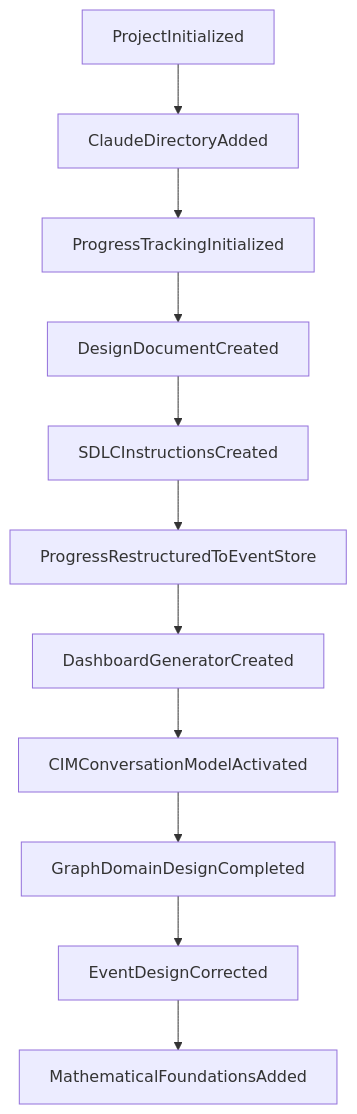
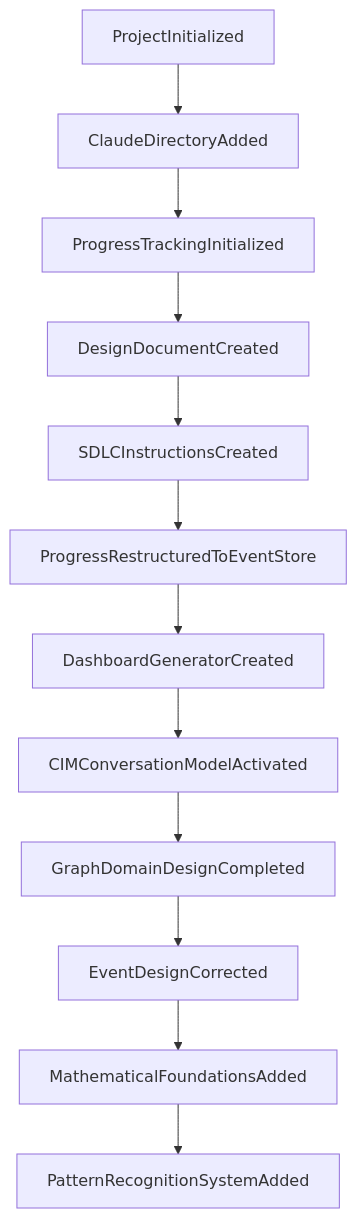
Before and after one commit to TheCowboyAI/cim-graph: the second of 2 diagrams in doc/progress/progress.md, drawn with Mermaid. The commit also changed other lines of this file and 5 other files, not shown here.

First line of the commit message:
feat: Add Hopfield network support to Graph Domain

````diff
--- a/doc/progress/progress.md
+++ b/doc/progress/progress.md
@@ -82,14 +83,15 @@
 ```mermaid
 graph TD
     e99a30c7[ProjectInitialized]
     e99a30c7 --> e13a7004[ClaudeDirectoryAdded]
     e13a7004 --> 406533be[ProgressTrackingInitialized]
     406533be --> 47db4527[DesignDocumentCreated]
     47db4527 --> 6a38e749[SDLCInstructionsCreated]
     6a38e749 --> baea9958[ProgressRestructuredToEventStore]
     baea9958 --> 9aeed0a9[DashboardGeneratorCreated]
     9aeed0a9 --> 17ba26b4[CIMConversationModelActivated]
     17ba26b4 --> 00b04630[GraphDomainDesignCompleted]
     00b04630 --> 3d29277e[EventDesignCorrected]
     3d29277e --> 1eb74f21[MathematicalFoundationsAdded]
+    1eb74f21 --> 036156be[PatternRecognitionSystemAdded]
 ```
````
